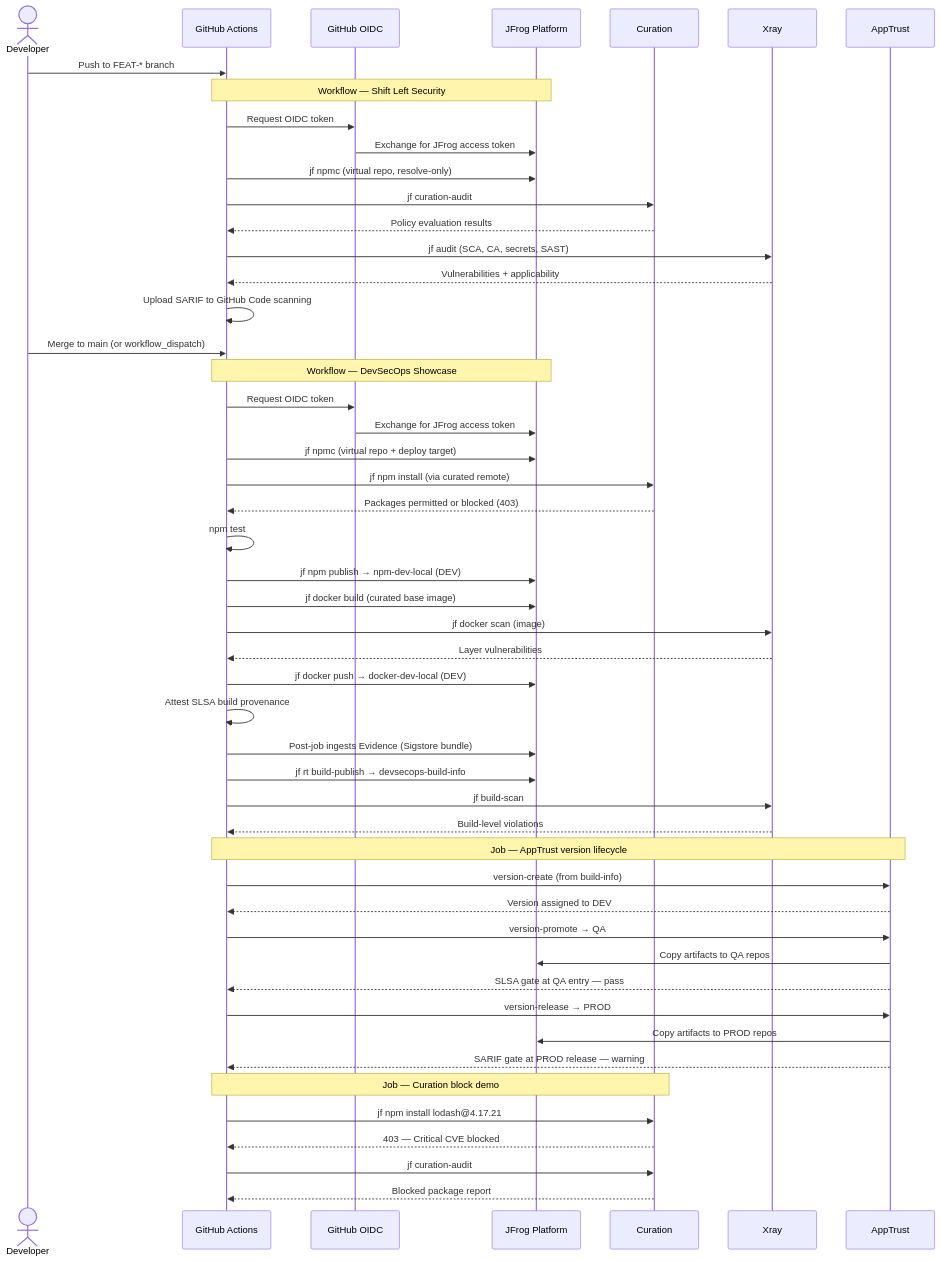
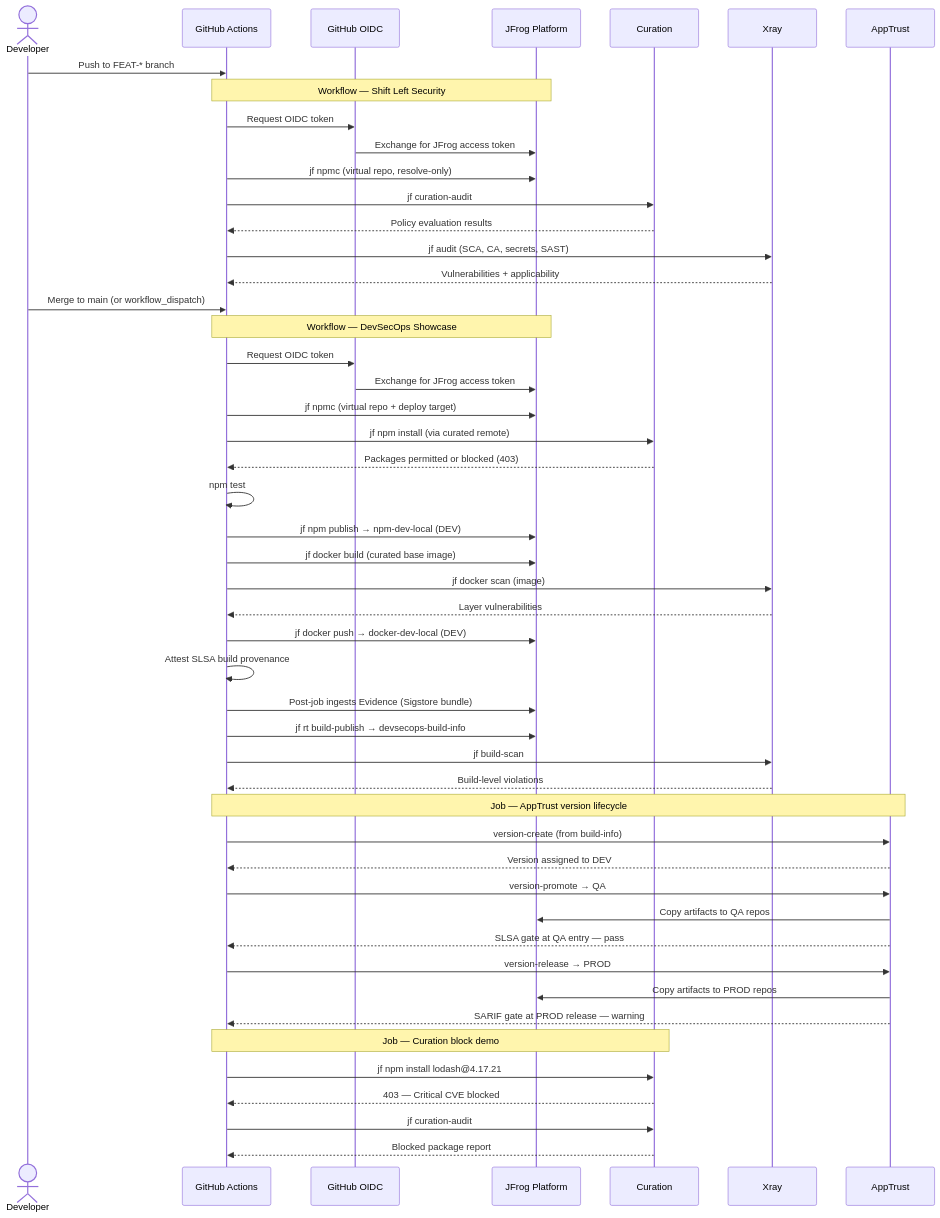
Before and after one commit to tomjfrog/jfrog-basic-implementation: the diagram in README.md, drawn with Mermaid. The commit also changed other lines of this file and 1 other file, not shown here.

First line of the commit message:
FEAT-12345: Drop SARIF export from shift-left workflow

````diff
--- a/README.md
+++ b/README.md
@@ -122,62 +120,61 @@
 ```mermaid
 sequenceDiagram
     actor Dev as Developer
     participant GHA as GitHub Actions
     participant OIDC as GitHub OIDC
     participant JF as JFrog Platform
     participant Cur as Curation
     participant Xray as Xray
     participant AT as AppTrust
 
     Dev->>GHA: Push to FEAT-* branch
 
     Note over GHA,JF: Workflow — Shift Left Security
 
     GHA->>OIDC: Request OIDC token
     OIDC->>JF: Exchange for JFrog access token
     GHA->>JF: jf npmc (virtual repo, resolve-only)
     GHA->>Cur: jf curation-audit
     Cur-->>GHA: Policy evaluation results
     GHA->>Xray: jf audit (SCA, CA, secrets, SAST)
     Xray-->>GHA: Vulnerabilities + applicability
-    GHA->>GHA: Upload SARIF to GitHub Code scanning
 
     Dev->>GHA: Merge to main (or workflow_dispatch)
 
     Note over GHA,JF: Workflow — DevSecOps Showcase
 
     GHA->>OIDC: Request OIDC token
     OIDC->>JF: Exchange for JFrog access token
     GHA->>JF: jf npmc (virtual repo + deploy target)
     GHA->>Cur: jf npm install (via curated remote)
     Cur-->>GHA: Packages permitted or blocked (403)
     GHA->>GHA: npm test
     GHA->>JF: jf npm publish → npm-dev-local (DEV)
     GHA->>JF: jf docker build (curated base image)
     GHA->>Xray: jf docker scan (image)
     Xray-->>GHA: Layer vulnerabilities
     GHA->>JF: jf docker push → docker-dev-local (DEV)
     GHA->>GHA: Attest SLSA build provenance
     GHA->>JF: Post-job ingests Evidence (Sigstore bundle)
     GHA->>JF: jf rt build-publish → devsecops-build-info
     GHA->>Xray: jf build-scan
     Xray-->>GHA: Build-level violations
 
     Note over GHA,AT: Job — AppTrust version lifecycle
 
     GHA->>AT: version-create (from build-info)
     AT-->>GHA: Version assigned to DEV
     GHA->>AT: version-promote → QA
     AT->>JF: Copy artifacts to QA repos
     AT-->>GHA: SLSA gate at QA entry — pass
     GHA->>AT: version-release → PROD
     AT->>JF: Copy artifacts to PROD repos
     AT-->>GHA: SARIF gate at PROD release — warning
 
     Note over GHA,Cur: Job — Curation block demo
 
     GHA->>Cur: jf npm install lodash@4.17.21
     Cur-->>GHA: 403 — Critical CVE blocked
     GHA->>Cur: jf curation-audit
     Cur-->>GHA: Blocked package report
 ```
````
